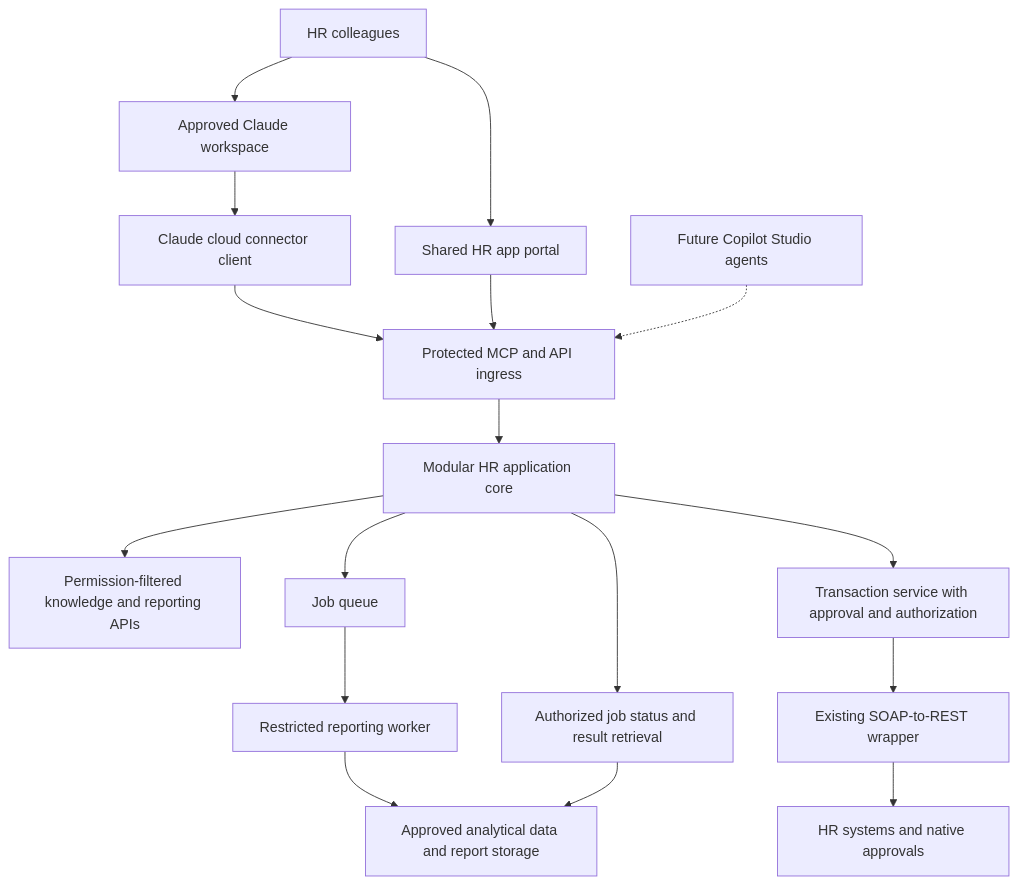
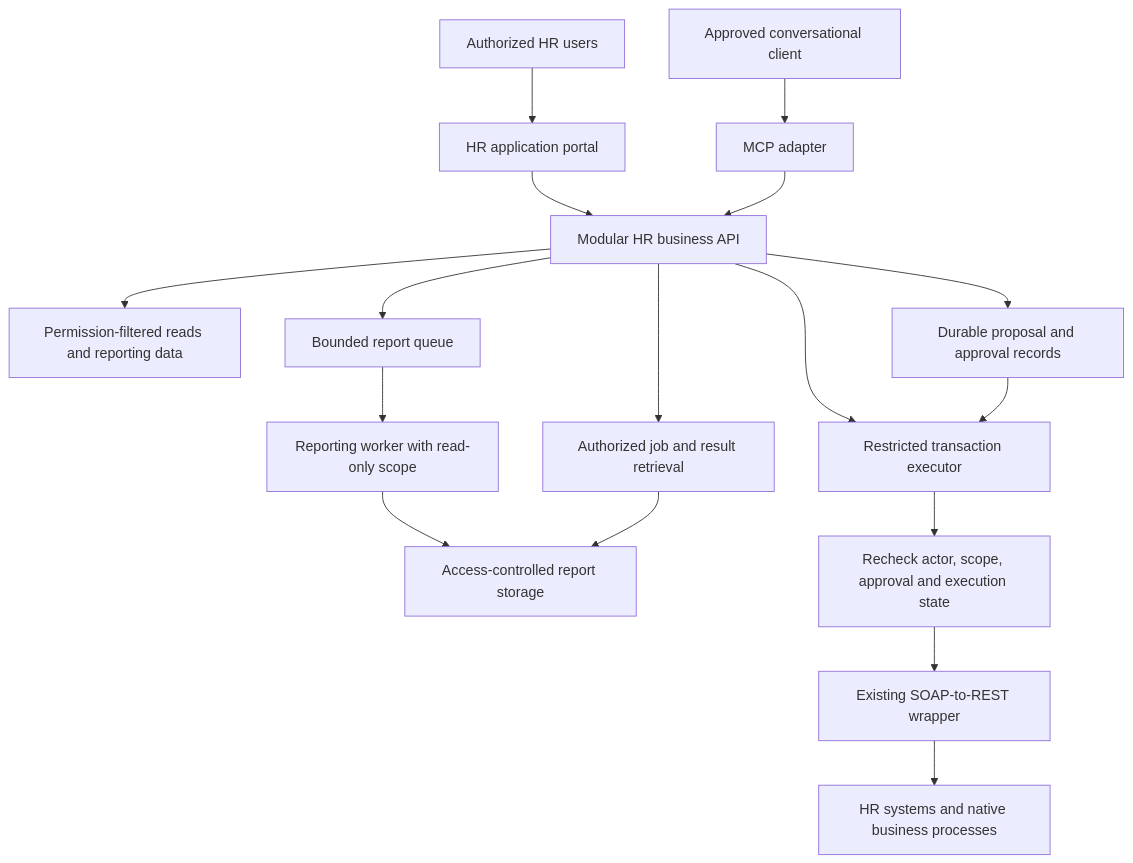
Before and after one commit to agenttester12/ResearchExamples: the first of 2 diagrams in hr-ai-enablement/workstreams/02-rapid-development/hr-workspace-app-platform-and-sdlc.md, drawn with Mermaid. The commit also changed other lines of this file and 2 other files, not shown here.

Commit message:
Rework rapid delivery proposal for GitLab and controlled rollout

````diff
--- a/hr-ai-enablement/workstreams/02-rapid-development/hr-workspace-app-platform-and-sdlc.md
+++ b/hr-ai-enablement/workstreams/02-rapid-development/hr-workspace-app-platform-and-sdlc.md
@@ -32,19 +30,19 @@
 ```mermaid
 flowchart TD
-    HR[HR colleagues] --> Claude[Approved Claude workspace]
-    HR --> Browser[Shared HR app portal]
-    Claude --> Cloud[Claude cloud connector client]
-    Cloud --> Edge[Protected MCP and API ingress]
-    Browser --> Edge
-    Edge --> Core[Modular HR application core]
-    Core --> Knowledge[Permission-filtered knowledge and reporting APIs]
-    Core --> Queue[Job queue]
-    Queue --> Worker[Restricted reporting worker]
-    Core --> Tx[Transaction service with approval and authorization]
-    Tx --> Wrapper[Existing SOAP-to-REST wrapper]
-    Wrapper --> System[HR systems and native approvals]
-    Worker --> Data[Approved analytical data and report storage]
-    Core --> Results[Authorized job status and result retrieval]
-    Results --> Data
-    Future[Future Copilot Studio agents] -.-> Edge
+    Users[Authorized HR users] --> Portal[HR application portal]
+    Client[Approved conversational client] --> MCP[MCP adapter]
+    Portal --> Core[Modular HR business API]
+    MCP --> Core
+    Core --> Read[Permission-filtered reads and reporting data]
+    Core --> Proposal[Durable proposal and approval records]
+    Core --> Queue[Bounded report queue]
+    Queue --> Worker[Reporting worker with read-only scope]
+    Worker --> Exports[Access-controlled report storage]
+    Core --> Results[Authorized job and result retrieval]
+    Results --> Exports
+    Core --> Executor[Restricted transaction executor]
+    Proposal --> Executor
+    Executor --> Checks[Recheck actor, scope, approval and execution state]
+    Checks --> Wrapper[Existing SOAP-to-REST wrapper]
+    Wrapper --> HR[HR systems and native business processes]
 ```
````
